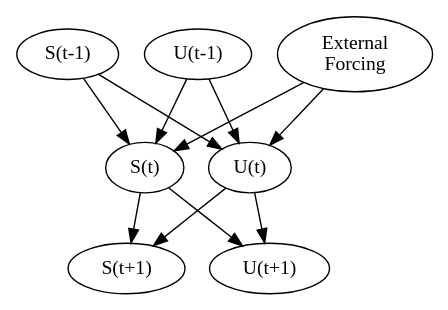
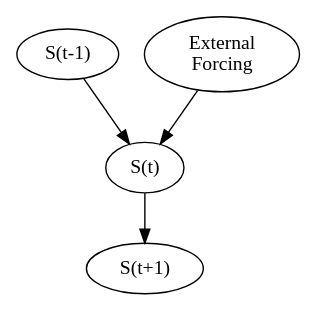
Before and after one commit to massma/causality-earth-science: the diagram in forcing-graph.dot, drawn with Graphviz. The commit also changed 2 other files, not shown here.

```diff
--- a/forcing-graph.dot
+++ b/forcing-graph.dot
@@ -1,27 +1,15 @@
 digraph G {
 	sMinus1[label="S(t-1)"];
-	uMinus1[label="U(t-1)"];
 
 	f[label="External\nForcing"];
 	s[label="S(t)"];
-	u[label="U(t)"];
 
 	s1[label="S(t+1)"];
-	u1[label="U(t+1)"];
 
 	sMinus1 -> s;
-	sMinus1 -> u;
-
-	uMinus1 -> s;
-	uMinus1 -> u;
 
 	f -> s;
-	f -> u;
 
 	s -> s1;
-	s -> u1;
-
-	u -> s1;
-	u -> u1;
 
 }
```
